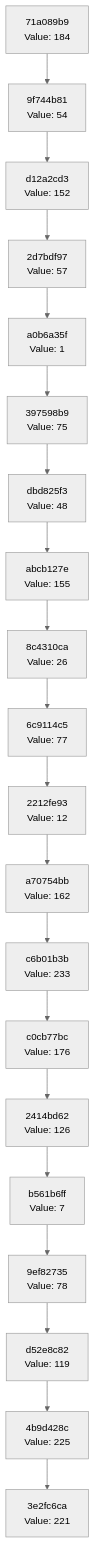
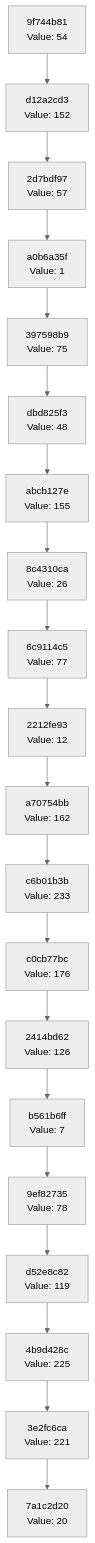
Before and after one commit to Abhisheksinha1506/hash-chain-evolver: the diagram in docs/CHAIN_VISUALIZATION.md, drawn with Mermaid (neutral theme). The commit also changed 3 other files, not shown here.

````diff
--- a/docs/CHAIN_VISUALIZATION.md
+++ b/docs/CHAIN_VISUALIZATION.md
@@ -3,42 +3,42 @@
 ```mermaid
 graph TD
-    C0["3e2fc6ca<br/>Value: 221"]
-    C1["4b9d428c<br/>Value: 225"]
+    C0["7a1c2d20<br/>Value: 20"]
+    C1["3e2fc6ca<br/>Value: 221"]
     C1 --> C0
-    C2["d52e8c82<br/>Value: 119"]
+    C2["4b9d428c<br/>Value: 225"]
     C2 --> C1
-    C3["9ef82735<br/>Value: 78"]
+    C3["d52e8c82<br/>Value: 119"]
     C3 --> C2
-    C4["b561b6ff<br/>Value: 7"]
+    C4["9ef82735<br/>Value: 78"]
     C4 --> C3
-    C5["2414bd62<br/>Value: 126"]
+    C5["b561b6ff<br/>Value: 7"]
     C5 --> C4
-    C6["c0cb77bc<br/>Value: 176"]
+    C6["2414bd62<br/>Value: 126"]
     C6 --> C5
-    C7["c6b01b3b<br/>Value: 233"]
+    C7["c0cb77bc<br/>Value: 176"]
     C7 --> C6
-    C8["a70754bb<br/>Value: 162"]
+    C8["c6b01b3b<br/>Value: 233"]
     C8 --> C7
-    C9["2212fe93<br/>Value: 12"]
+    C9["a70754bb<br/>Value: 162"]
     C9 --> C8
-    C10["6c9114c5<br/>Value: 77"]
+    C10["2212fe93<br/>Value: 12"]
     C10 --> C9
-    C11["8c4310ca<br/>Value: 26"]
+    C11["6c9114c5<br/>Value: 77"]
     C11 --> C10
-    C12["abcb127e<br/>Value: 155"]
+    C12["8c4310ca<br/>Value: 26"]
     C12 --> C11
-    C13["dbd825f3<br/>Value: 48"]
+    C13["abcb127e<br/>Value: 155"]
     C13 --> C12
-    C14["397598b9<br/>Value: 75"]
+    C14["dbd825f3<br/>Value: 48"]
     C14 --> C13
-    C15["a0b6a35f<br/>Value: 1"]
+    C15["397598b9<br/>Value: 75"]
     C15 --> C14
-    C16["2d7bdf97<br/>Value: 57"]
+    C16["a0b6a35f<br/>Value: 1"]
     C16 --> C15
-    C17["d12a2cd3<br/>Value: 152"]
+    C17["2d7bdf97<br/>Value: 57"]
     C17 --> C16
-    C18["9f744b81<br/>Value: 54"]
+    C18["d12a2cd3<br/>Value: 152"]
     C18 --> C17
-    C19["71a089b9<br/>Value: 184"]
+    C19["9f744b81<br/>Value: 54"]
     C19 --> C18
 ```
````
